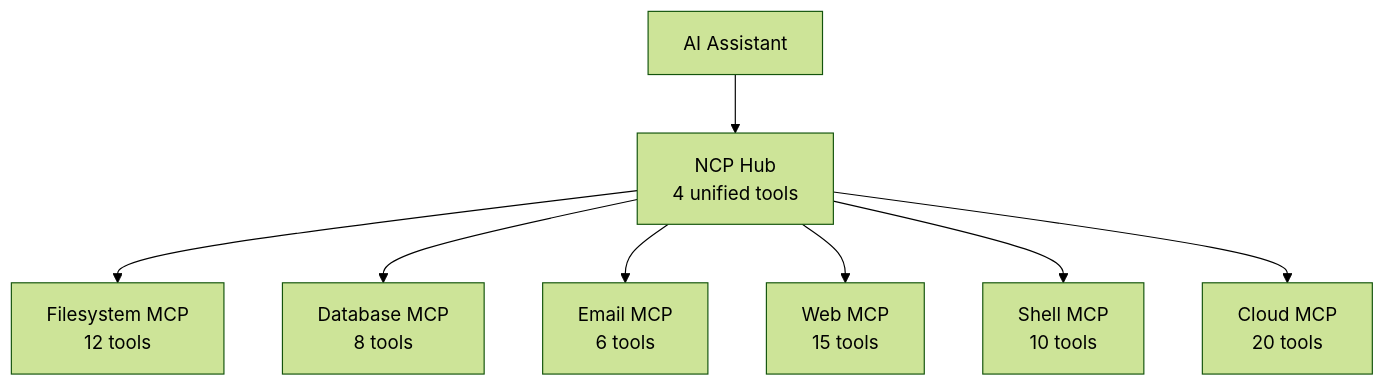
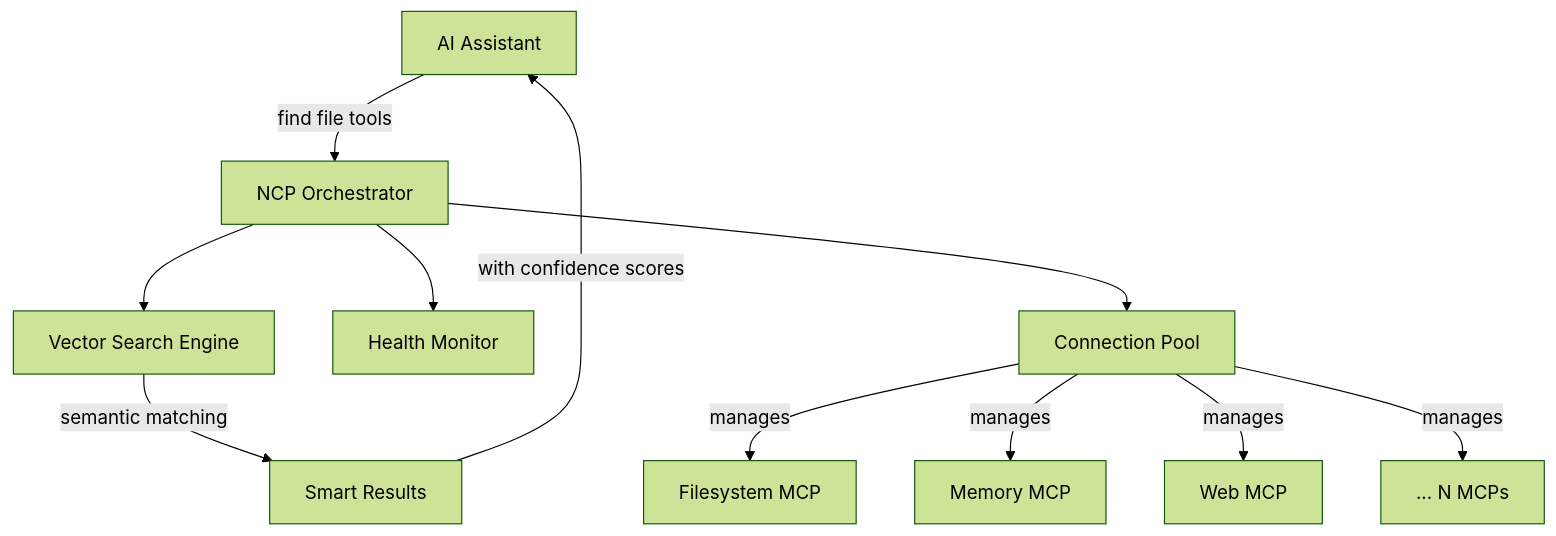
The diagram in README.md (portel-dev/ncp), drawn with Mermaid (forest theme) before and after one commit. The commit also changed other lines of this file and 1 other file, not shown here.

````diff
--- a/README.md
+++ b/README.md
@@ -47,10 +355,15 @@
 ```mermaid
 graph TB
-    AI[AI Assistant] --> NCP[NCP Hub<br/>4 unified tools]
-    NCP --> MCP1[Filesystem MCP<br/>12 tools]
-    NCP --> MCP2[Database MCP<br/>8 tools]
-    NCP --> MCP3[Email MCP<br/>6 tools]
-    NCP --> MCP4[Web MCP<br/>15 tools]
-    NCP --> MCP5[Shell MCP<br/>10 tools]
-    NCP --> MCP6[Cloud MCP<br/>20 tools]
+    AI[AI Assistant] -->|"find file tools"| NCP[NCP Orchestrator]
+    NCP --> Vector[Vector Search Engine]
+    NCP --> Health[Health Monitor]
+    NCP --> Pool[Connection Pool]
+
+    Pool -->|manages| FS[Filesystem MCP]
+    Pool -->|manages| Mem[Memory MCP]
+    Pool -->|manages| Web[Web MCP]
+    Pool -->|manages| More[... N MCPs]
+
+    Vector -->|semantic matching| Results[Smart Results]
+    Results -->|with confidence scores| AI
 ```
````
